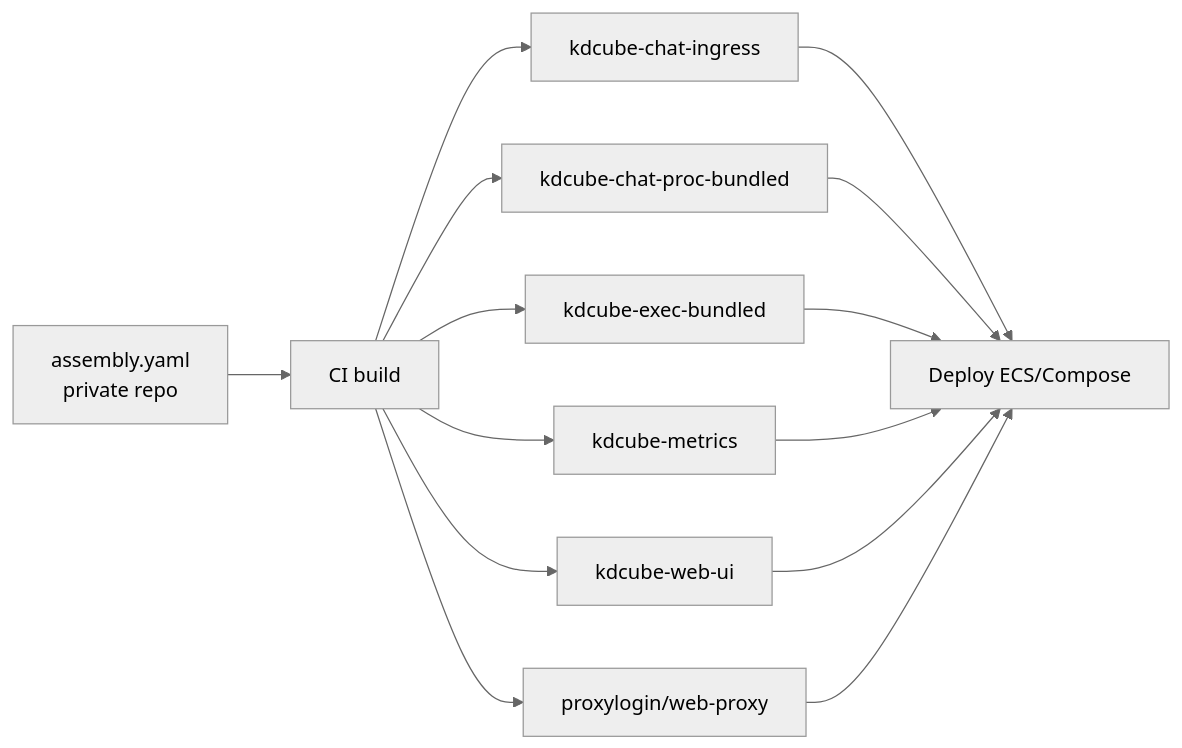
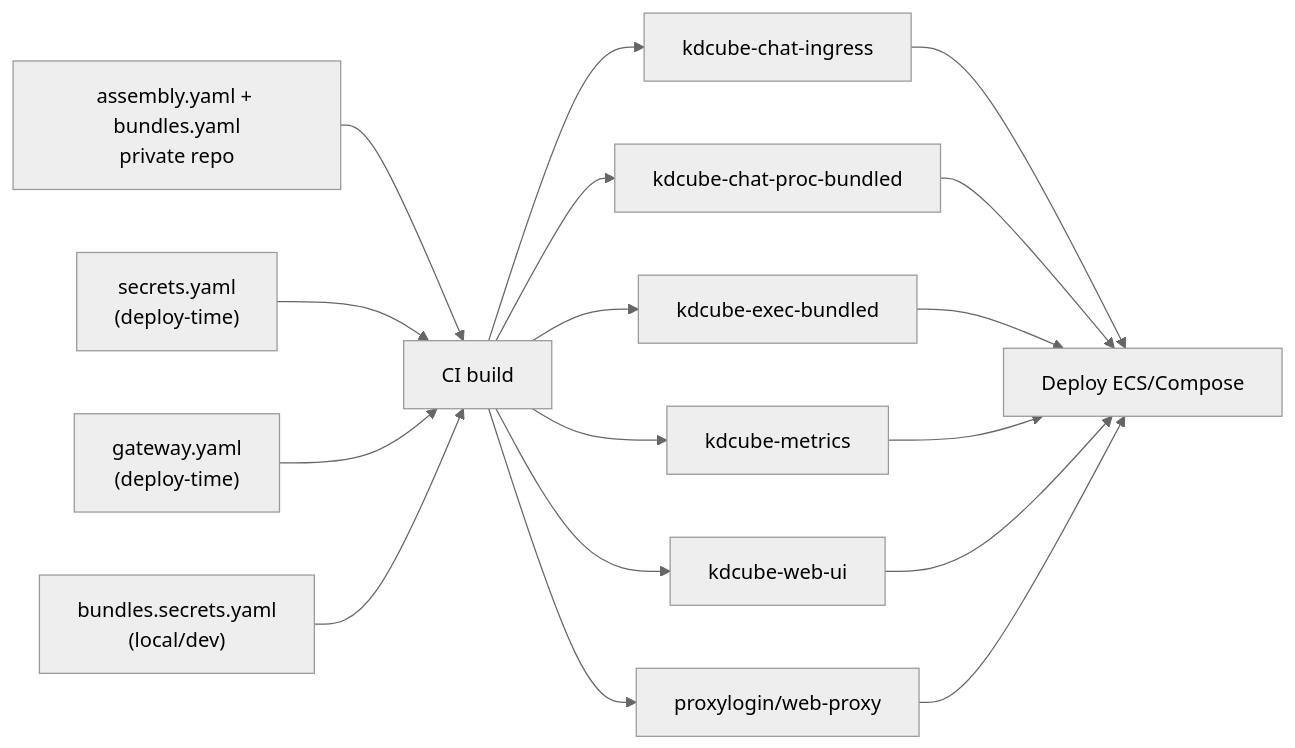
The first of 2 diagrams in app/ai-app/docs/service/cicd/custom-cicd-README.md (elenaviter/kdcube-ai-app), drawn with Mermaid (neutral theme) before and after one commit. The commit also changed other lines of this file and 43 other files, not shown here.

````diff
--- a/app/ai-app/docs/service/cicd/custom-cicd-README.md
+++ b/app/ai-app/docs/service/cicd/custom-cicd-README.md
@@ -73,16 +76,19 @@
 ```mermaid
 flowchart LR
-  R[assembly.yaml<br/>private repo] --> CI[CI build]
+  R["assembly.yaml + bundles.yaml<br/>private repo"] --> CI[CI build]
+  S["secrets.yaml<br/>(deploy-time)"] --> CI
+  G["gateway.yaml<br/>(deploy-time)"] --> CI
+  BS["bundles.secrets.yaml<br/>(local/dev)"] --> CI
   CI --> I[kdcube-chat-ingress]
   CI --> P[kdcube-chat-proc-bundled]
   CI --> E[kdcube-exec-bundled]
   CI --> M[kdcube-metrics]
   CI --> U[kdcube-web-ui]
   CI --> PX[proxylogin/web-proxy]
   I --> CD[Deploy ECS/Compose]
   P --> CD
   E --> CD
   M --> CD
   U --> CD
   PX --> CD
 ```
````
